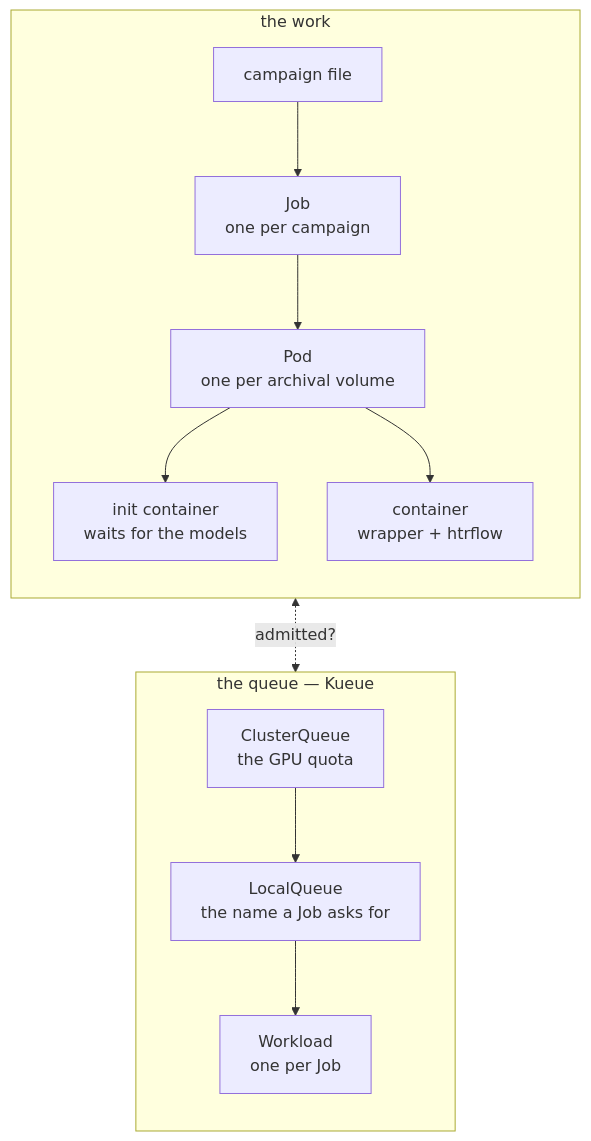
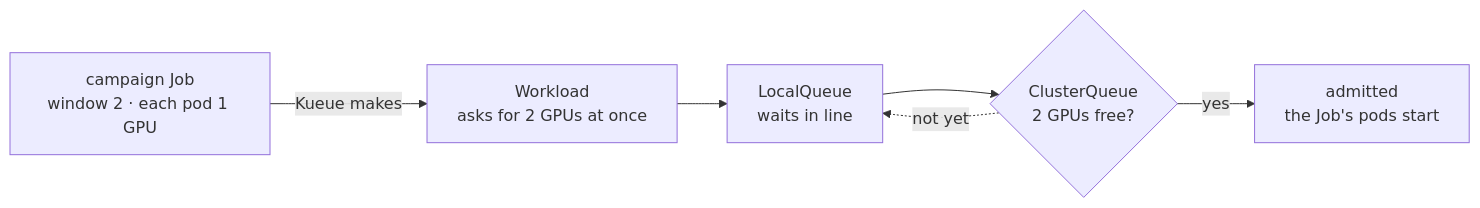
Before and after one commit to AI-Riksarkivet/htrflow-batch: the diagram in docs/slides/assets/part-1-from-one-folder-to-the-archive-3.mmd, drawn with Mermaid. The commit also changed 41 other files, not shown here.

```diff
--- a/docs/slides/assets/part-1-from-one-folder-to-the-archive-3.mmd
+++ b/docs/slides/assets/part-1-from-one-folder-to-the-archive-3.mmd
@@ -1,14 +1,9 @@
-flowchart TB
-  subgraph WORK["the work"]
-    direction TB
-    CF["campaign file"] --> JOB["Job<br/>one per campaign"]
-    JOB --> POD["Pod<br/>one per archival volume"]
-    POD --> INIT["init container<br/>waits for the models"]
-    POD --> CON["container<br/>wrapper + htrflow"]
-  end
-  subgraph QUEUE["the queue — Kueue"]
-    direction TB
-    CQ["ClusterQueue<br/>the GPU quota"] --> LQ["LocalQueue<br/>the name a Job asks for"]
-    LQ --> WL["Workload<br/>one per Job"]
-  end
-  JOB <-. "admitted?" .-> WL
+flowchart LR
+  J["campaign Job<br/>window 2 · each pod 1 GPU"]
+  W["Workload<br/>asks for 2 GPUs at once"]
+  L["LocalQueue<br/>waits in line"]
+  C{"ClusterQueue<br/>2 GPUs free?"}
+  A["admitted<br/>the Job's pods start"]
+  J -->|"Kueue makes"| W --> L --> C
+  C -->|"yes"| A
+  C -.->|"not yet"| L
```
